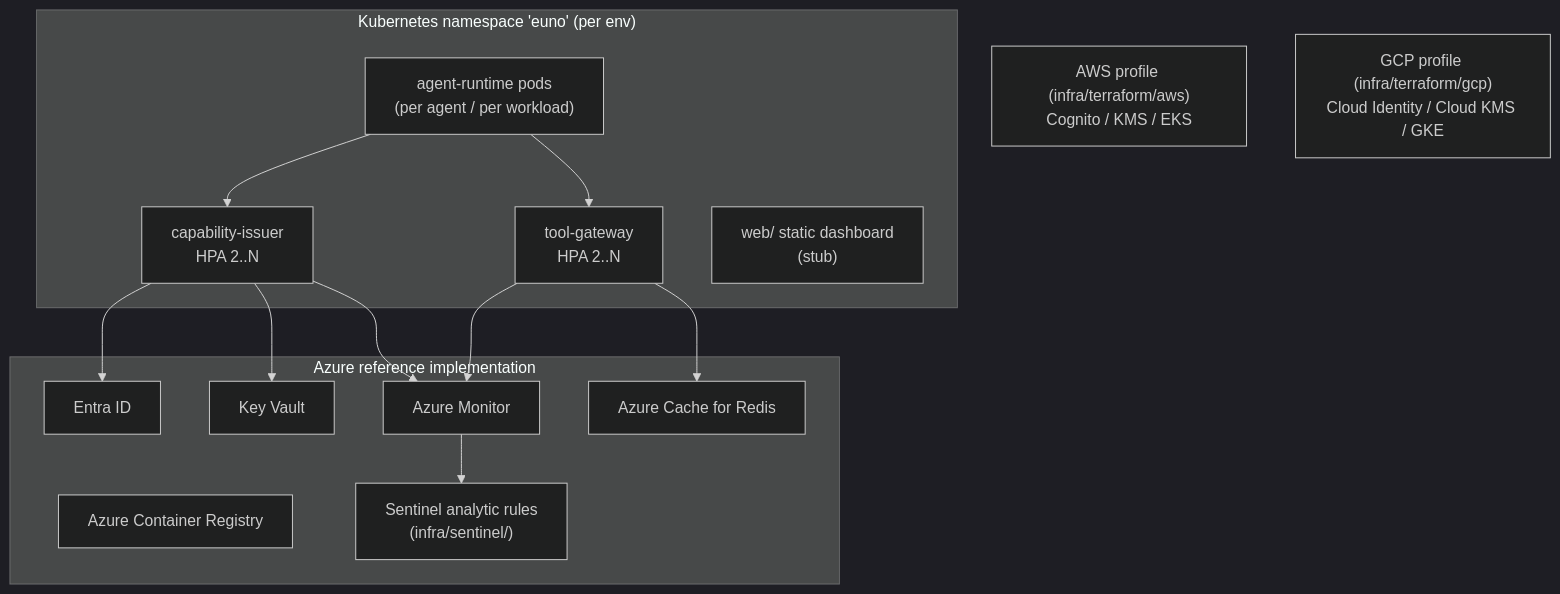
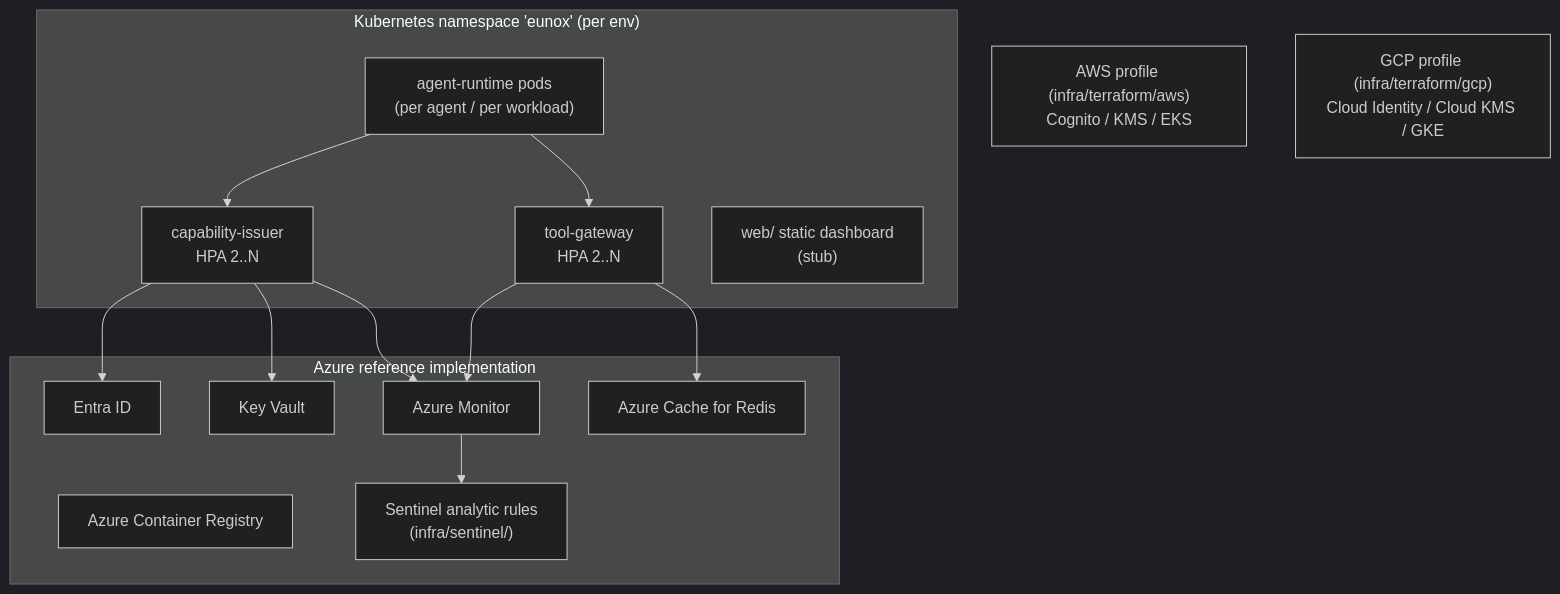
One commit to eunolabs/eunox changed diagram 14 of 14 in docs/ARCHITECTURE.md. Above: the diagram before and after it, drawn with Mermaid (dark theme). The commit also changed other lines of this file and 49 other files, not shown here.

Commit message:
rename euno to eunox in docs

````diff
--- a/docs/ARCHITECTURE.md
+++ b/docs/ARCHITECTURE.md
@@ -647,30 +647,30 @@
 ```mermaid
 flowchart TB
-    subgraph K8s["Kubernetes namespace 'euno' (per env)"]
+    subgraph K8s["Kubernetes namespace 'eunox' (per env)"]
         IssuerPod["capability-issuer<br/>HPA 2..N"]
         GatewayPod["tool-gateway<br/>HPA 2..N"]
         RuntimePod["agent-runtime pods<br/>(per agent / per workload)"]
         Web["web/ static dashboard<br/>(stub)"]
     end
 
     subgraph AzureRefImpl["Azure reference implementation"]
         AAD["Entra ID"]
         KV["Key Vault"]
         ACR["Azure Container Registry"]
         Sentinel["Sentinel analytic rules<br/>(infra/sentinel/)"]
         Mon["Azure Monitor"]
         RedisAzure["Azure Cache for Redis"]
     end
 
     AWS["AWS profile (infra/terraform/aws)<br/>Cognito / KMS / EKS"]
     GCP["GCP profile (infra/terraform/gcp)<br/>Cloud Identity / Cloud KMS / GKE"]
 
     IssuerPod --> AAD
     IssuerPod --> KV
     IssuerPod --> Mon
     GatewayPod --> RedisAzure
     GatewayPod --> Mon
     Mon --> Sentinel
     RuntimePod --> GatewayPod
     RuntimePod --> IssuerPod
 ```
````
